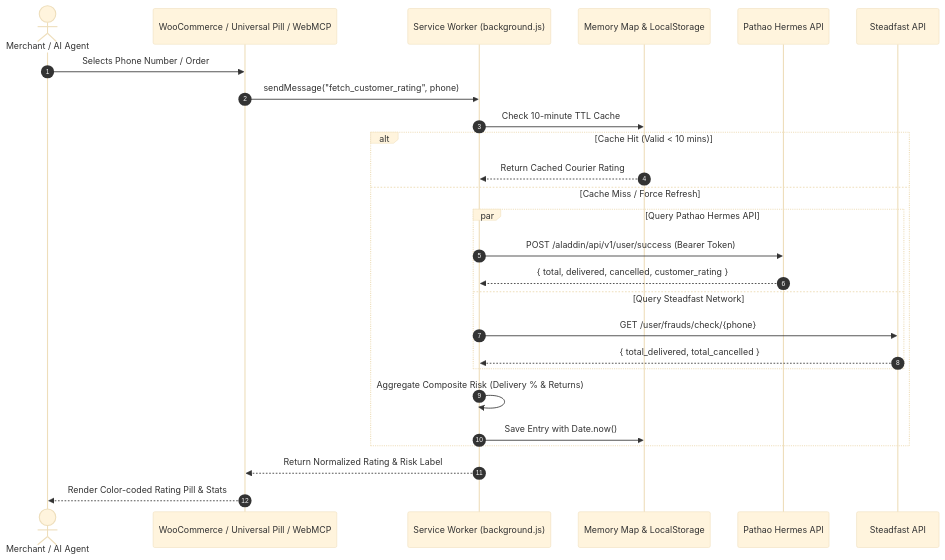
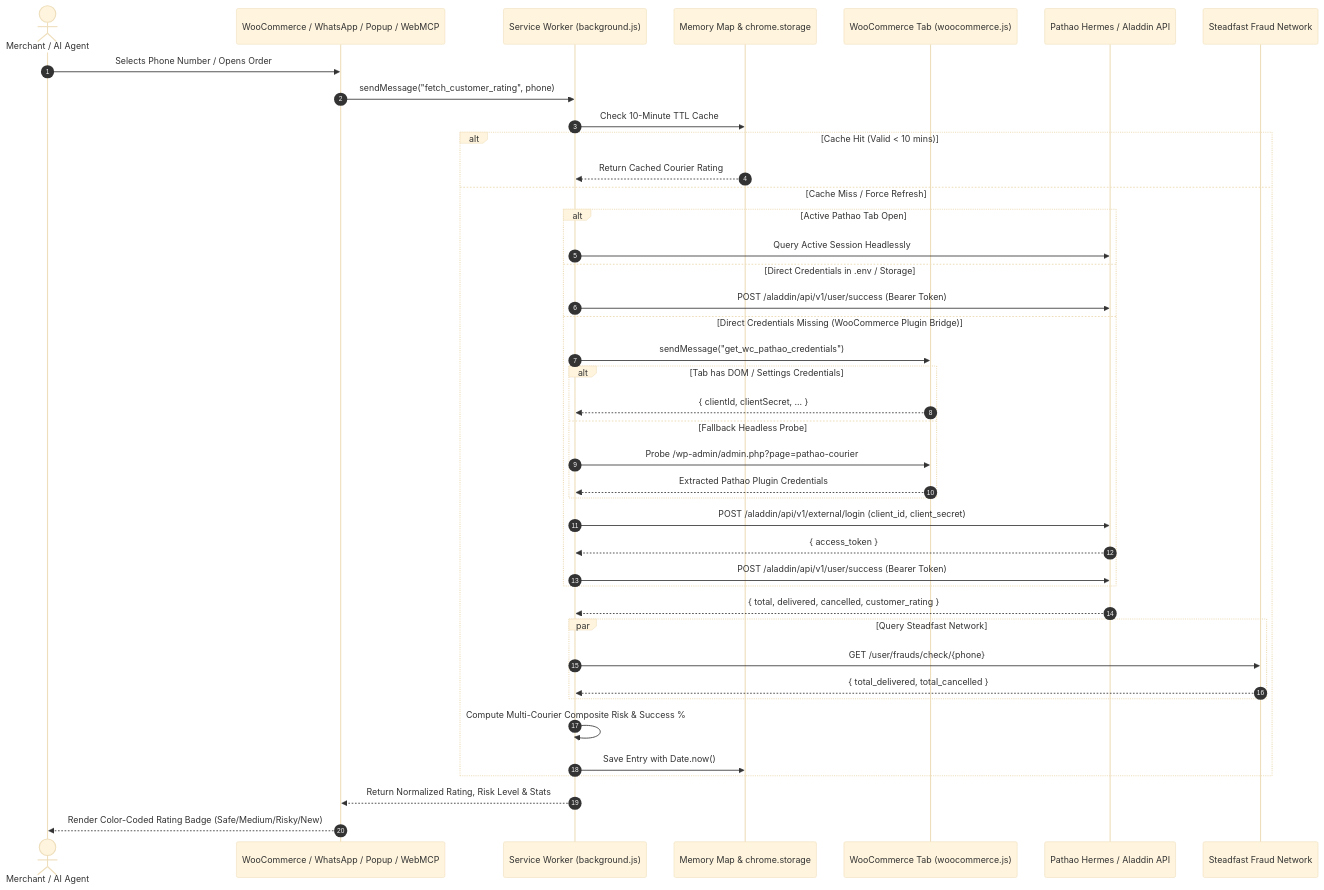
The second of 5 diagrams in ARCHITECTURE.md (Sajid-ul-Islam/chrome-extension-delivery-parser), drawn with Mermaid (base theme) before and after one commit. The commit also changed other lines of this file and 57 other files, not shown here.

Commit message:
feat: enterprise logistics copilot with 24h local cache, React 18 fix, 16 test suites and full documentation

````diff
--- a/ARCHITECTURE.md
+++ b/ARCHITECTURE.md
@@ -82,29 +89,46 @@
 ```mermaid
 sequenceDiagram
     autonumber
     actor Merchant as Merchant / AI Agent
-    participant UI as WooCommerce / Universal Pill / WebMCP
+    participant UI as WooCommerce / WhatsApp / Popup / WebMCP
     participant SW as Service Worker (background.js)
-    participant Cache as Memory Map & LocalStorage
-    participant Hermes as Pathao Hermes API
-    participant SF as Steadfast API
+    participant Cache as Memory Map & chrome.storage
+    participant WC as WooCommerce Tab (woocommerce.js)
+    participant Hermes as Pathao Hermes / Aladdin API
+    participant SF as Steadfast Fraud Network
 
-    Merchant->>UI: Selects Phone Number / Order
+    Merchant->>UI: Selects Phone Number / Opens Order
     UI->>SW: sendMessage("fetch_customer_rating", phone)
-    SW->>Cache: Check 10-minute TTL Cache
+    SW->>Cache: Check 10-Minute TTL Cache
     alt Cache Hit (Valid < 10 mins)
         Cache-->>SW: Return Cached Courier Rating
     else Cache Miss / Force Refresh
-        par Query Pathao Hermes API
+        alt Active Pathao Tab Open
+            SW->>Hermes: Query Active Session Headlessly
+        else Direct Credentials in .env / Storage
             SW->>Hermes: POST /aladdin/api/v1/user/success (Bearer Token)
-            Hermes-->>SW: { total, delivered, cancelled, customer_rating }
-        and Query Steadfast Network
+        else Direct Credentials Missing (WooCommerce Plugin Bridge)
+            SW->>WC: sendMessage("get_wc_pathao_credentials")
+            alt Tab has DOM / Settings Credentials
+                WC-->>SW: { clientId, clientSecret, ... }
+            else Fallback Headless Probe
+                SW->>WC: Probe /wp-admin/admin.php?page=pathao-courier
+                WC-->>SW: Extracted Pathao Plugin Credentials
+            end
+            SW->>Hermes: POST /aladdin/api/v1/external/login (client_id, client_secret)
+            Hermes-->>SW: { access_token }
+            SW->>Hermes: POST /aladdin/api/v1/user/success (Bearer Token)
+        end
+        Hermes-->>SW: { total, delivered, cancelled, customer_rating }
+        
+        par Query Steadfast Network
             SW->>SF: GET /user/frauds/check/{phone}
             SF-->>SW: { total_delivered, total_cancelled }
         end
-        SW->>SW: Aggregate Composite Risk (Delivery % & Returns)
+        
+        SW->>SW: Compute Multi-Courier Composite Risk & Success %
         SW->>Cache: Save Entry with Date.now()
     end
-    SW-->>UI: Return Normalized Rating & Risk Label
-    UI-->>Merchant: Render Color-coded Rating Pill & Stats
+    SW-->>UI: Return Normalized Rating, Risk Level & Stats
+    UI-->>Merchant: Render Color-Coded Rating Badge (Safe/Medium/Risky/New)
 ```
````
